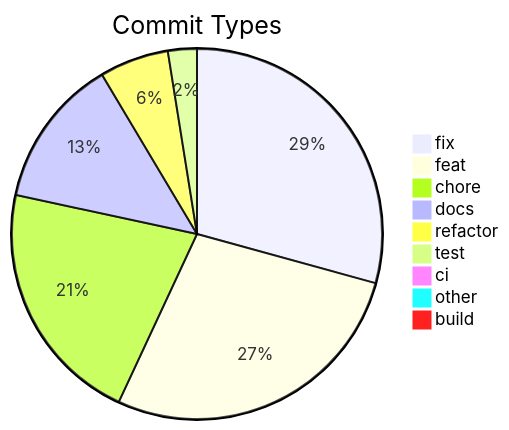
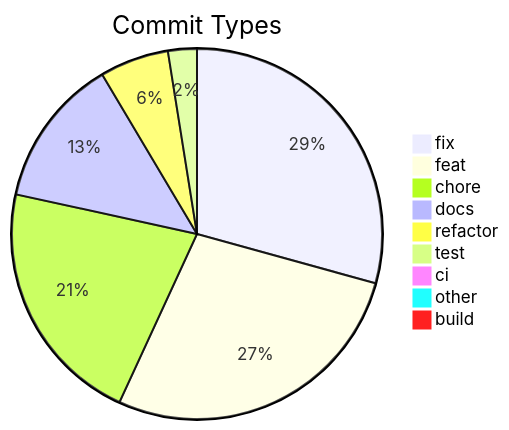
Before and after one commit to svenroth-ai/shipwright: the diagram in .shipwright/compliance/change-history.md, drawn with Mermaid. The commit also changed other lines of this file and 18 other files, not shown here.

````diff
--- a/.shipwright/compliance/change-history.md
+++ b/.shipwright/compliance/change-history.md
@@ -8,12 +8,12 @@
 ```mermaid
 pie title Commit Types
-    "fix" : 325
+    "fix" : 326
     "feat" : 307
-    "chore" : 238
+    "chore" : 240
     "docs" : 145
     "refactor" : 67
     "test" : 28
     "ci" : 11
     "other" : 7
     "build" : 1
 ```
````
